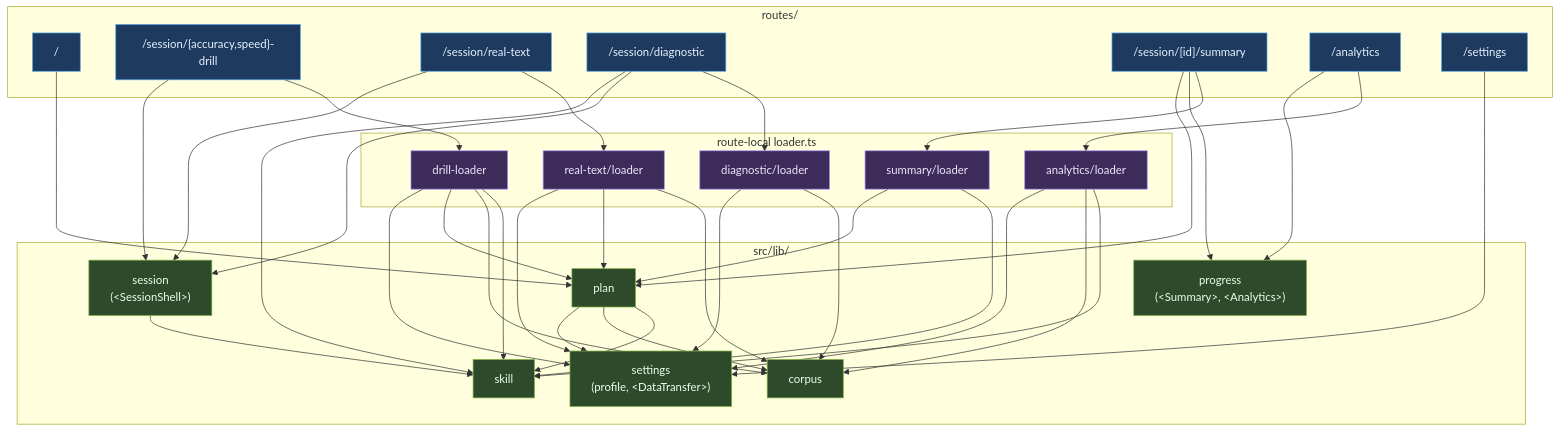
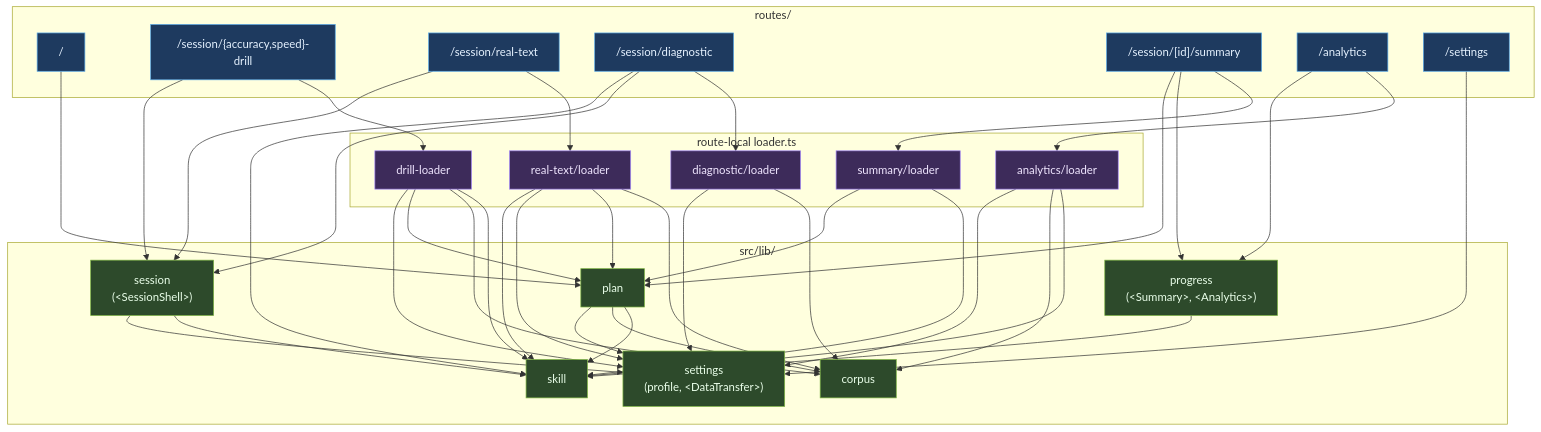
Before and after one commit to Alounv/typing-trainer: the diagram in ARCHITECTURE.md, drawn with Mermaid. The commit also changed other lines of this file, not shown here.

````diff
--- a/ARCHITECTURE.md
+++ b/ARCHITECTURE.md
@@ -45,76 +45,80 @@
 ```mermaid
 flowchart TB
     subgraph Routes["routes/"]
         R_Dash["/"]
         R_Drill["/session/{accuracy,speed}-drill"]
         R_Real["/session/real-text"]
         R_Diag["/session/diagnostic"]
         R_Summ["/session/[id]/summary"]
         R_Ana["/analytics"]
         R_Set["/settings"]
     end
 
     subgraph Loaders["route-local loader.ts"]
         L_Drill["drill-loader"]
         L_Real["real-text/loader"]
         L_Diag["diagnostic/loader"]
         L_Summ["summary/loader"]
         L_Ana["analytics/loader"]
     end
 
     subgraph Domains["src/lib/"]
         D_Corpus["corpus"]
         D_Plan["plan"]
         D_Skill["skill"]
         D_Session["session<br/>(&lt;SessionShell&gt;)"]
         D_Progress["progress<br/>(&lt;Summary&gt;, &lt;Analytics&gt;)"]
         D_Settings["settings<br/>(profile, &lt;DataTransfer&gt;)"]
     end
 
     %% Routes → loaders (orchestration) and components.
     R_Dash --> D_Plan
     R_Drill --> L_Drill
     R_Drill --> D_Session
     R_Real --> L_Real
     R_Real --> D_Session
     R_Diag --> L_Diag
     R_Diag --> D_Session
     R_Diag --> D_Skill
     R_Summ --> L_Summ
     R_Summ --> D_Progress
     R_Summ --> D_Plan
     R_Ana --> L_Ana
     R_Ana --> D_Progress
     R_Set --> D_Settings
 
     %% Loaders compose domains. Every loader that reads history also depends on
     %% Skill, because stored rows have to be hydrated into measurements.
     L_Drill --> D_Skill
     L_Summ --> D_Skill
     L_Ana --> D_Skill
     L_Drill --> D_Corpus
     L_Drill --> D_Plan
     L_Drill --> D_Settings
     L_Real --> D_Corpus
     L_Real --> D_Plan
     L_Real --> D_Settings
     L_Diag --> D_Corpus
     L_Diag --> D_Settings
     L_Summ --> D_Plan
     L_Ana --> D_Corpus
     L_Ana --> D_Settings
 
     %% Domain → domain edges (all point toward Skill or Corpus).
     D_Plan --> D_Skill
     D_Plan --> D_Corpus
     D_Plan --> D_Settings
     D_Session --> D_Skill
+    D_Session --> D_Settings
+    D_Progress --> D_Skill
+    %% Real-text loader hydrates history to price the debt a passage repays.
+    L_Real --> D_Skill
 
     classDef route fill:#1e3a5f,stroke:#5aa9e6,color:#e6f2ff
     classDef loader fill:#3d2b5a,stroke:#a78bfa,color:#f0e6ff
     classDef domain fill:#2d4a2b,stroke:#7cb342,color:#eaffea
 
     class R_Dash,R_Drill,R_Real,R_Diag,R_Summ,R_Ana,R_Set route
     class L_Drill,L_Real,L_Diag,L_Summ,L_Ana loader
     class D_Corpus,D_Plan,D_Session,D_Skill,D_Progress,D_Settings domain
 ```
````
